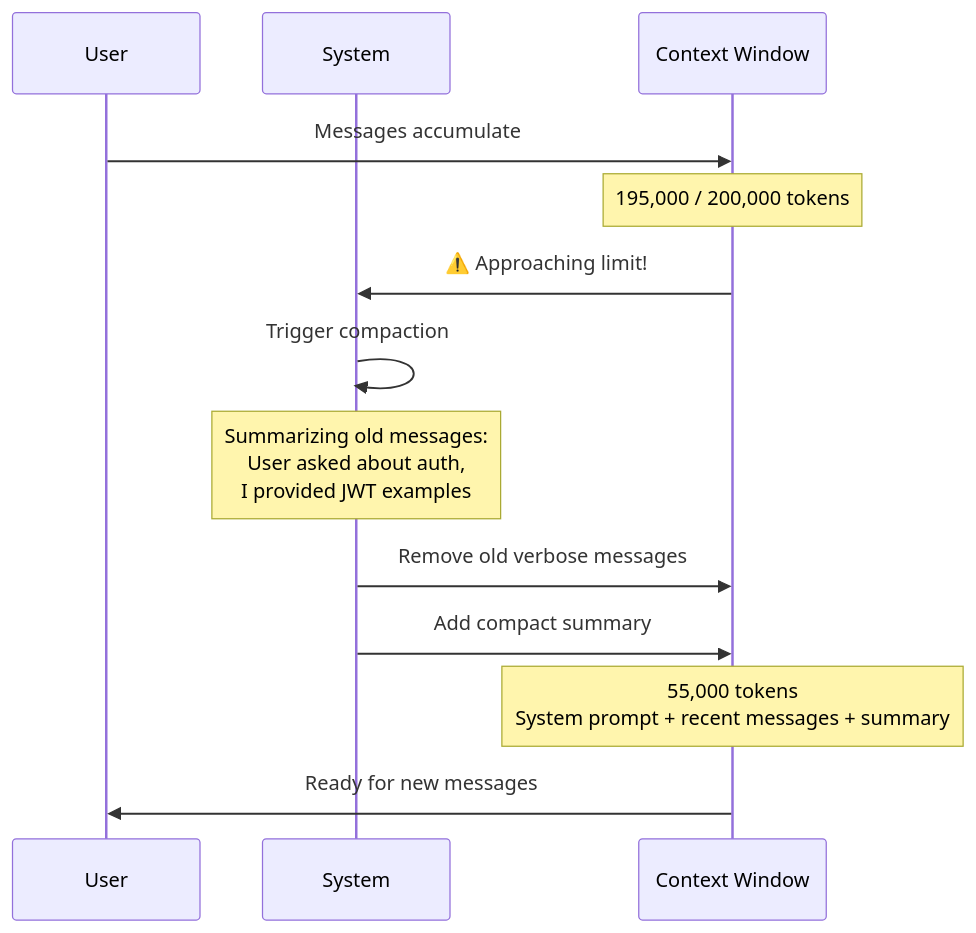
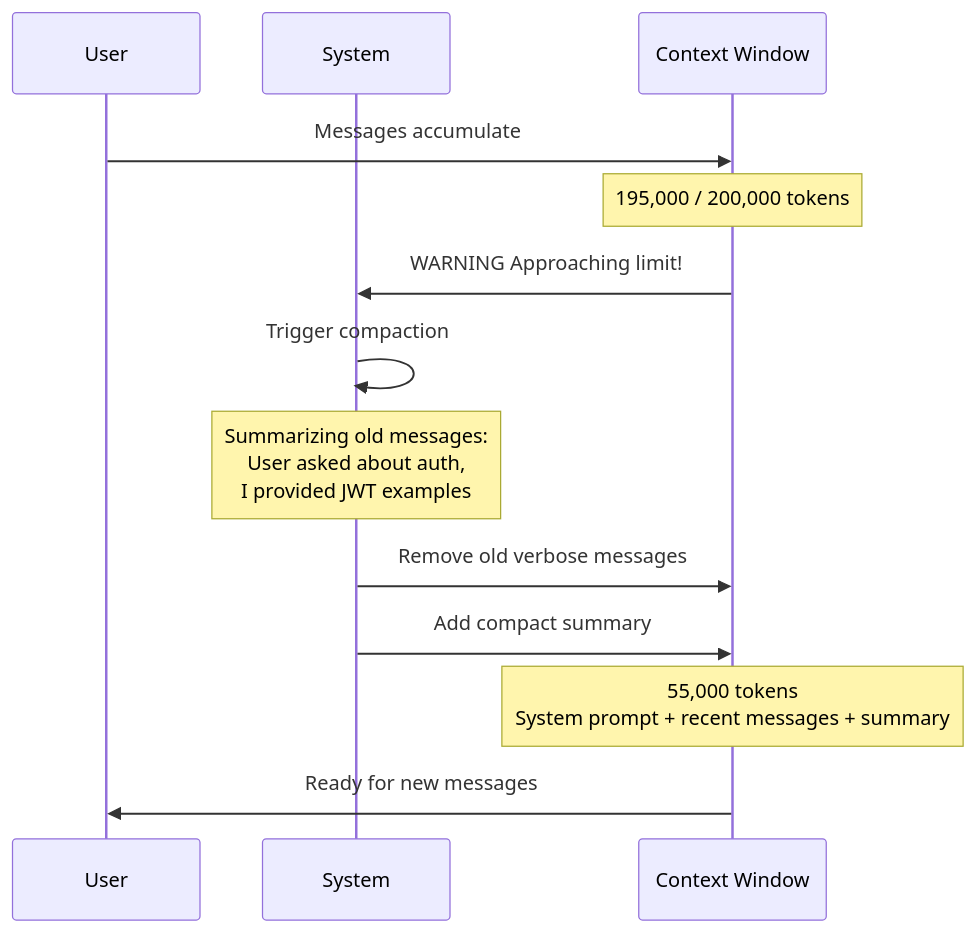
The first of 3 diagrams in docs/02_context.md (uz0/llm), drawn with Mermaid before and after one commit. The commit also changed other lines of this file and 41 other files, not shown here.

Commit message:
Comprehensive Fixes: Dark Theme, Mermaid Support & Analytics (#1, #8, #9) (#10)

````diff
--- a/docs/02_context.md
+++ b/docs/02_context.md
@@ -37,16 +43,16 @@
 ```mermaid
 sequenceDiagram
     participant User
     participant System
     participant Context as Context Window
 
     User->>Context: Messages accumulate
     Note over Context: 195,000 / 200,000 tokens
-    Context->>System: ⚠️ Approaching limit!
+    Context->>System: WARNING Approaching limit!
     System->>System: Trigger compaction
     Note over System: Summarizing old messages:<br/>User asked about auth,<br/>I provided JWT examples
     System->>Context: Remove old verbose messages
     System->>Context: Add compact summary
     Note over Context: 55,000 tokens<br/>System prompt + recent messages + summary
     Context->>User: Ready for new messages
 ```
````
